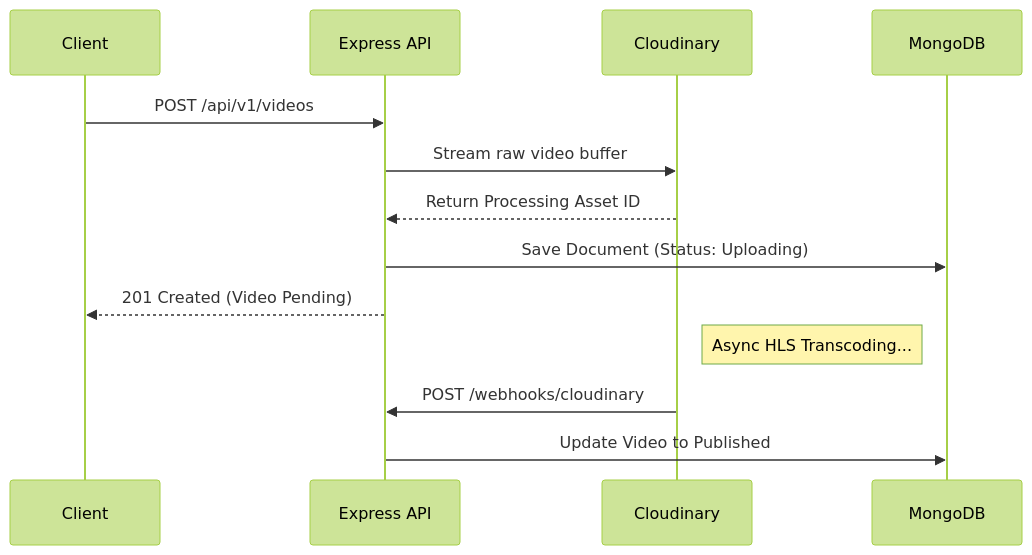
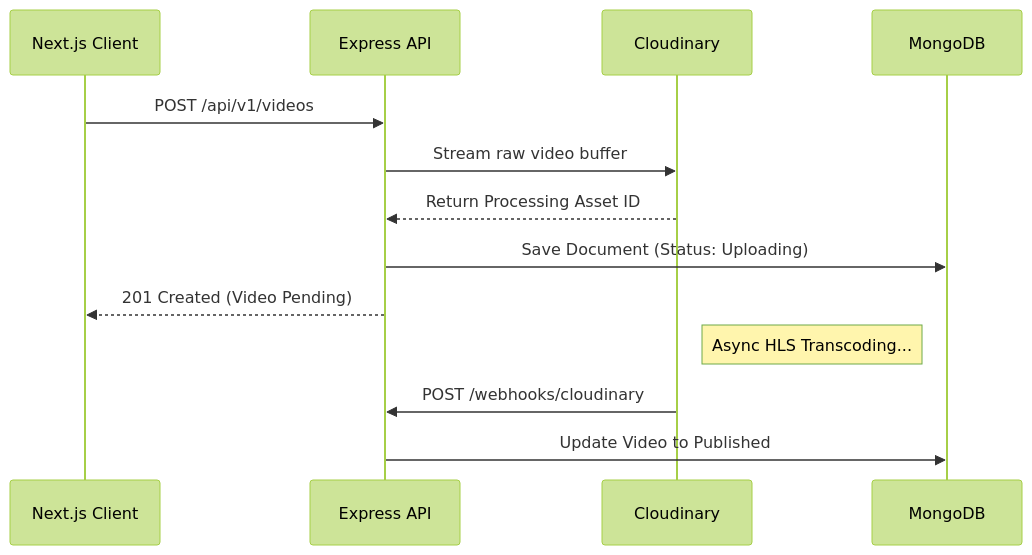
Before and after one commit to R4NiTeXe/Video-Tube: the second of 2 diagrams in README.md, drawn with Mermaid (forest theme). The commit also changed other lines of this file and 216 other files, not shown here.

Commit message:
feat: implement full-stack architecture for video platform including backend services, database models, and frontend UI components, and everything is done

````diff
--- a/README.md
+++ b/README.md
@@ -75,18 +80,18 @@
 ```mermaid
 sequenceDiagram
-    participant Client
+    participant Client as Next.js Client
     participant API as Express API
     participant CDN as Cloudinary
     participant DB as MongoDB
 
     Client->>API: POST /api/v1/videos
     API->>CDN: Stream raw video buffer
     CDN-->>API: Return Processing Asset ID
     API->>DB: Save Document (Status: Uploading)
     API-->>Client: 201 Created (Video Pending)
 
     Note right of CDN: Async HLS Transcoding...
 
     CDN->>API: POST /webhooks/cloudinary
     API->>DB: Update Video to Published
 ```
````
